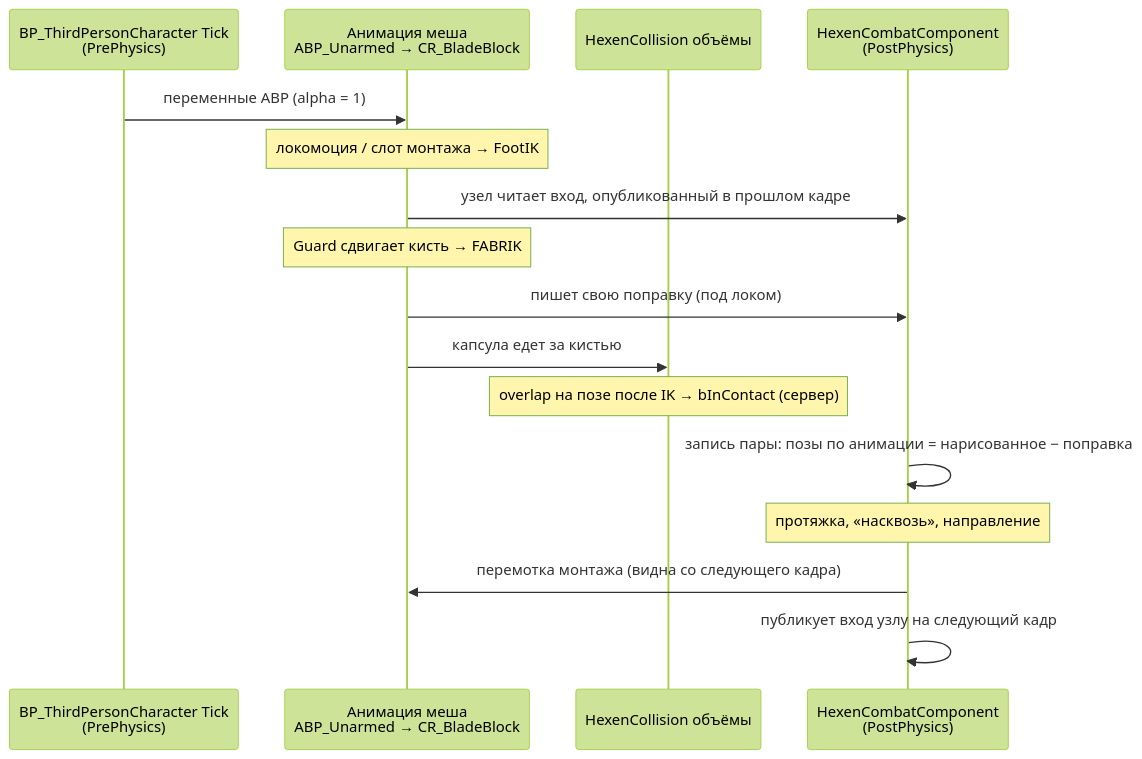
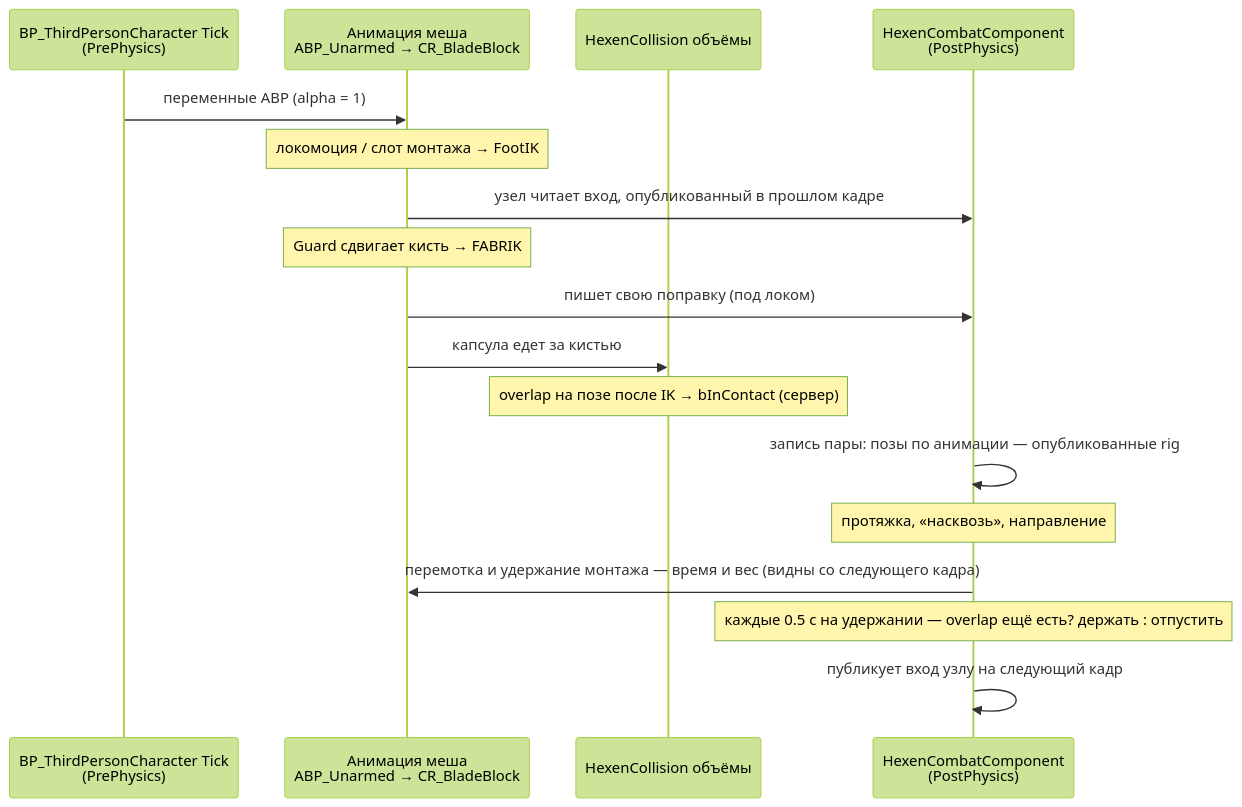
Before and after one commit to Meow1ng-cat/Hexenhammer: the diagram in Docs/HexenCollision.md, drawn with Mermaid (forest theme). The commit also changed other lines of this file and 12 other files, not shown here.

````diff
--- a/Docs/HexenCollision.md
+++ b/Docs/HexenCollision.md
@@ -32,18 +50,19 @@
 ```mermaid
 sequenceDiagram
     participant BP as BP_ThirdPersonCharacter Tick<br/>(PrePhysics)
     participant Anim as Анимация меша<br/>ABP_Unarmed → CR_BladeBlock
     participant Vol as HexenCollision объёмы
     participant Combat as HexenCombatComponent<br/>(PostPhysics)
     BP->>Anim: переменные ABP (alpha = 1)
     Note over Anim: локомоция / слот монтажа → FootIK
     Anim->>Combat: узел читает вход, опубликованный в прошлом кадре
     Note over Anim: Guard сдвигает кисть → FABRIK
     Anim->>Combat: пишет свою поправку (под локом)
     Anim->>Vol: капсула едет за кистью
     Note over Vol: overlap на позе после IK → bInContact (сервер)
-    Combat->>Combat: запись пары: позы по анимации = нарисованное − поправка
+    Combat->>Combat: запись пары: позы по анимации — опубликованные rig
     Note over Combat: протяжка, «насквозь», направление
-    Combat->>Anim: перемотка монтажа (видна со следующего кадра)
+    Combat->>Anim: перемотка и удержание монтажа — время и вес (видны со следующего кадра)
+    Note over Combat: каждые 0.5 с на удержании — overlap ещё есть? держать : отпустить
     Combat->>Combat: публикует вход узлу на следующий кадр
 ```
````
